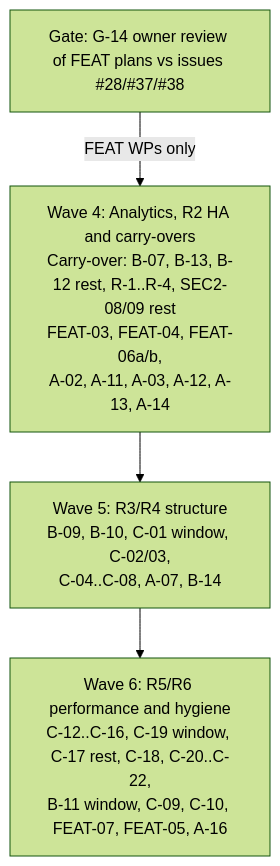
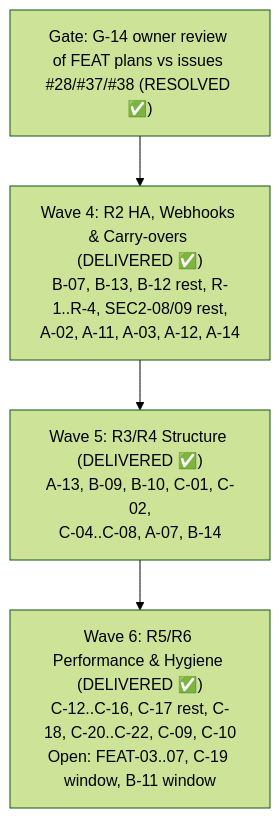
Before and after one commit to themulle/autheris: the diagram in docs/plans/implementation/00-implementation-roadmap.md, drawn with Mermaid (forest theme). The commit also changed other lines of this file and 4 other files, not shown here.

Commit message:
docs(plans): update architecture and implementation roadmap plans for Waves 5 & 6 completion

````diff
--- a/docs/plans/implementation/00-implementation-roadmap.md
+++ b/docs/plans/implementation/00-implementation-roadmap.md
@@ -69,9 +67,9 @@
 ```mermaid
 flowchart TD
-    G14["Gate: G-14 owner review of FEAT plans vs issues #28/#37/#38"]
-    W4["Wave 4: Analytics, R2 HA and carry-overs<br/>Carry-over: B-07, B-13, B-12 rest, R-1..R-4, SEC2-08/09 rest<br/>FEAT-03, FEAT-04, FEAT-06a/b,<br/>A-02, A-11, A-03, A-12, A-13, A-14"]
-    W5["Wave 5: R3/R4 structure<br/>B-09, B-10, C-01 window, C-02/03,<br/>C-04..C-08, A-07, B-14"]
-    W6["Wave 6: R5/R6 performance and hygiene<br/>C-12..C-16, C-19 window, C-17 rest, C-18, C-20..C-22,<br/>B-11 window, C-09, C-10, FEAT-07, FEAT-05, A-16"]
+    G14["Gate: G-14 owner review of FEAT plans vs issues #28/#37/#38 (RESOLVED ✅)"]
+    W4["Wave 4: R2 HA, Webhooks & Carry-overs (DELIVERED ✅)<br/>B-07, B-13, B-12 rest, R-1..R-4, SEC2-08/09 rest,<br/>A-02, A-11, A-03, A-12, A-14"]
+    W5["Wave 5: R3/R4 Structure (DELIVERED ✅)<br/>A-13, B-09, B-10, C-01, C-02,<br/>C-04..C-08, A-07, B-14"]
+    W6["Wave 6: R5/R6 Performance & Hygiene (DELIVERED ✅)<br/>C-12..C-16, C-17 rest, C-18, C-20..C-22, C-09, C-10<br/>Open: FEAT-03..07, C-19 window, B-11 window"]
 
-    G14 -->|"FEAT WPs only"| W4 --> W5 --> W6
+    G14 --> W4 --> W5 --> W6
 ```
````
